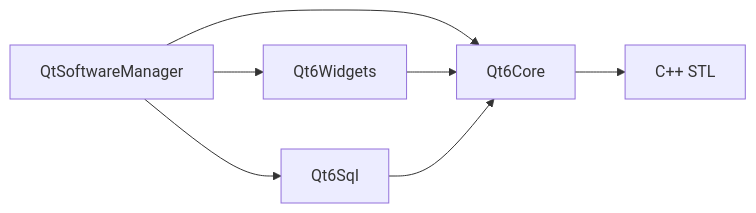
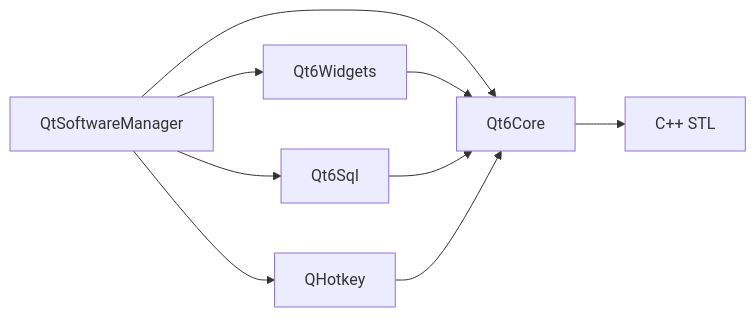
Diagram 14 of 18 in qt-software-manager-development.md (gediscover/software-manager), drawn with Mermaid before and after one commit. The commit also changed other lines of this file and 32 other files, not shown here.

````diff
--- a/qt-software-manager-development.md
+++ b/qt-software-manager-development.md
@@ -1450,9 +1535,11 @@
 ```mermaid
 graph LR
     A[QtSoftwareManager] --> B[Qt6Core]
     A --> C[Qt6Widgets]
     A --> D[Qt6Sql]
-    B --> E[C++ STL]
+    A --> E[QHotkey]
+    B --> F[C++ STL]
     C --> B
     D --> B
+    E --> B
 ```
````
